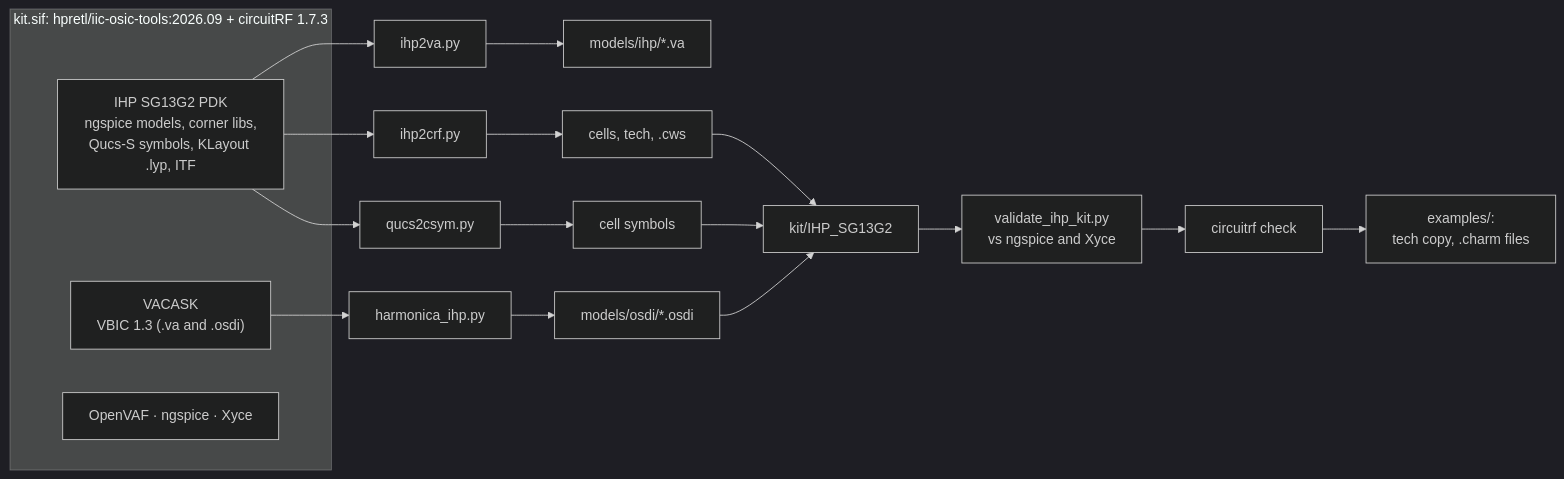
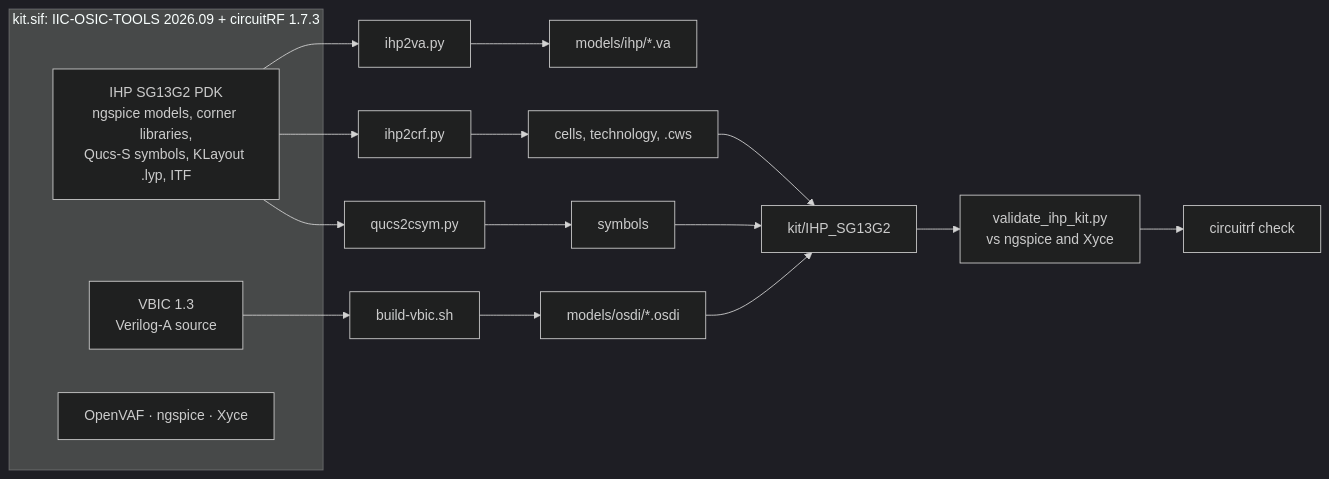
The diagram in README.md (aissus/circuitRF-IHP-SG13G2-PDK), drawn with Mermaid (dark theme) before and after one commit. The commit also changed other lines of this file and 18 other files, not shown here.

````diff
--- a/README.md
+++ b/README.md
@@ -58,14 +142,14 @@
 ```mermaid
 flowchart LR
-    subgraph image["kit.sif: hpretl/iic-osic-tools:2026.09 + circuitRF 1.7.3"]
-        PDK["IHP SG13G2 PDK<br/>ngspice models, corner libs,<br/>Qucs-S symbols, KLayout .lyp, ITF"]
-        VACASK["VACASK<br/>VBIC 1.3 (.va and .osdi)"]
+    subgraph image["kit.sif: IIC-OSIC-TOOLS 2026.09 + circuitRF 1.7.3"]
+        PDK["IHP SG13G2 PDK<br/>ngspice models, corner libraries,<br/>Qucs-S symbols, KLayout .lyp, ITF"]
+        VA["VBIC 1.3<br/>Verilog-A source"]
         TOOLS["OpenVAF · ngspice · Xyce"]
     end
-    PDK --> V["ihp2va.py"] --> VA["models/ihp/*.va"]
-    PDK --> C["ihp2crf.py"] --> CELLS["cells, tech, .cws"]
-    PDK --> Q["qucs2csym.py"] --> SYM["cell symbols"]
-    VACASK --> H["harmonica_ihp.py"] --> OSDI["models/osdi/*.osdi"]
+    PDK --> V["ihp2va.py"] --> PF["models/ihp/*.va"]
+    PDK --> C["ihp2crf.py"] --> CELLS["cells, technology, .cws"]
+    PDK --> Q["qucs2csym.py"] --> SYM["symbols"]
+    VA --> B["build-vbic.sh"] --> OSDI["models/osdi/*.osdi"]
     CELLS & SYM & OSDI --> KIT["kit/IHP_SG13G2"]
-    KIT --> VAL["validate_ihp_kit.py<br/>vs ngspice and Xyce"] --> CHK["circuitrf check"] --> EX["examples/:<br/>tech copy, .charm files"]
+    KIT --> VAL["validate_ihp_kit.py<br/>vs ngspice and Xyce"] --> CHK["circuitrf check"]
 ```
````
